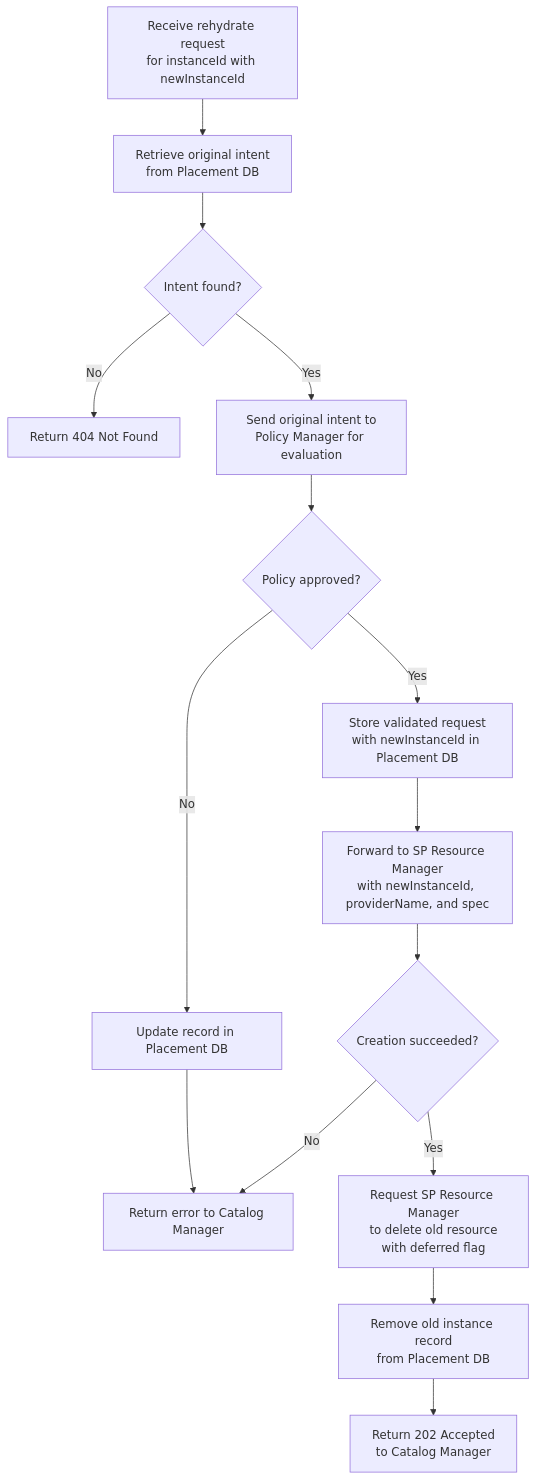
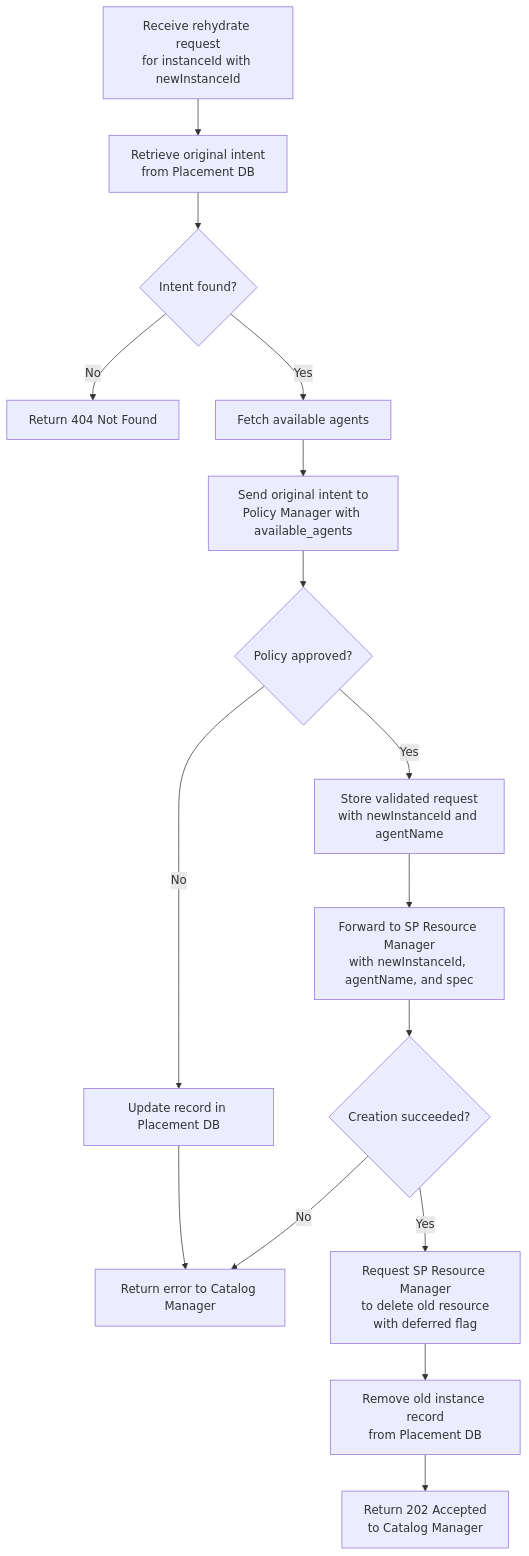
The fourth of 4 diagrams in enhancements/rehydration-flow/rehydration-flow.md (dcm-project/enhancements), drawn with Mermaid before and after one commit. The commit also changed other lines of this file and 9 other files, not shown here.

````diff
--- a/enhancements/rehydration-flow/rehydration-flow.md
+++ b/enhancements/rehydration-flow/rehydration-flow.md
@@ -362,17 +393,18 @@
 ```mermaid
 flowchart TD
     A[Receive rehydrate request<br/>for instanceId with newInstanceId] --> B[Retrieve original intent<br/>from Placement DB]
     B --> C{Intent found?}
     C -->|No| D[Return 404 Not Found]
-    C -->|Yes| F[Send original intent to<br/>Policy Manager for evaluation]
+    C -->|Yes| E[Fetch available agents]
+    E --> F[Send original intent to<br/>Policy Manager with available_agents]
     F --> G{Policy approved?}
     G -->|No| H[Update record in Placement DB]
     H --> I[Return error to Catalog Manager]
-    G -->|Yes| J[Store validated request<br/>with newInstanceId in Placement DB]
-    J --> K[Forward to SP Resource Manager<br/>with newInstanceId, providerName, and spec]
+    G -->|Yes| J[Store validated request<br/>with newInstanceId and agentName]
+    J --> K[Forward to SP Resource Manager<br/>with newInstanceId, agentName, and spec]
     K --> L{Creation succeeded?}
     L -->|No| I
     L -->|Yes| M[Request SP Resource Manager<br/>to delete old resource<br/>with deferred flag]
     M --> N[Remove old instance record<br/>from Placement DB]
     N --> O[Return 202 Accepted<br/>to Catalog Manager]
 ```
````
